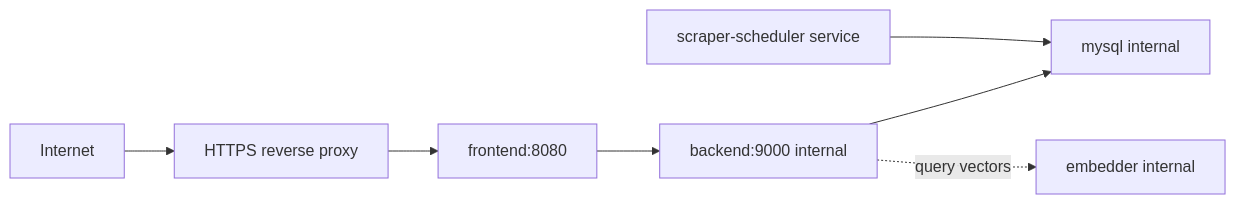
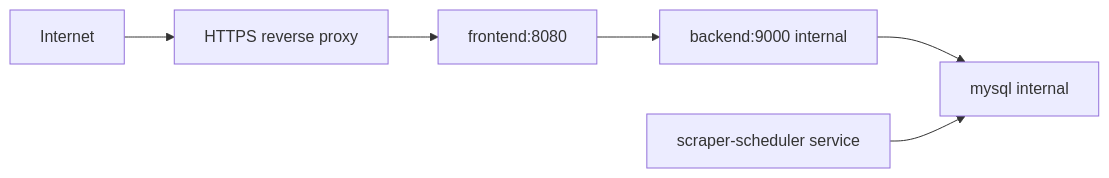
Before and after one commit to ChaddBrenner/ElonMealsDB: the diagram in docs/deployment.md, drawn with Mermaid. The commit also changed other lines of this file and 23 other files, not shown here.

````diff
--- a/docs/deployment.md
+++ b/docs/deployment.md
@@ -9,9 +9,8 @@
 ```mermaid
 flowchart LR
   Internet["Internet"] --> Proxy["HTTPS reverse proxy"]
   Proxy --> Frontend["frontend:8080"]
   Frontend --> Backend["backend:9000 internal"]
   Backend --> MySQL["mysql internal"]
-  Backend -. "query vectors" .-> Embedder["embedder internal"]
   Scheduler["scraper-scheduler service"] --> MySQL
 ```
````
